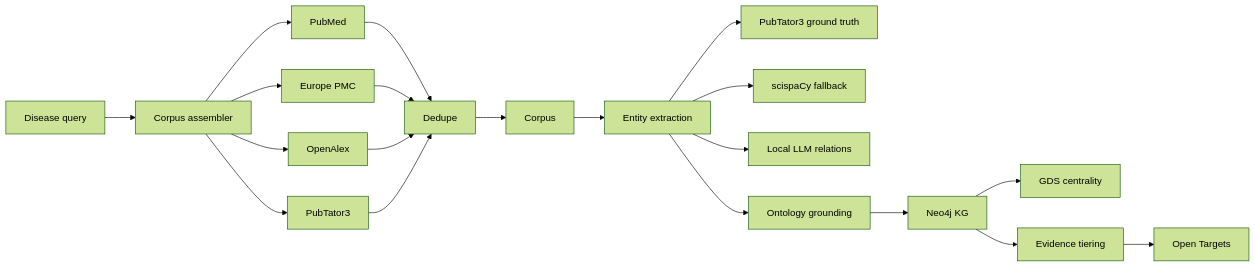
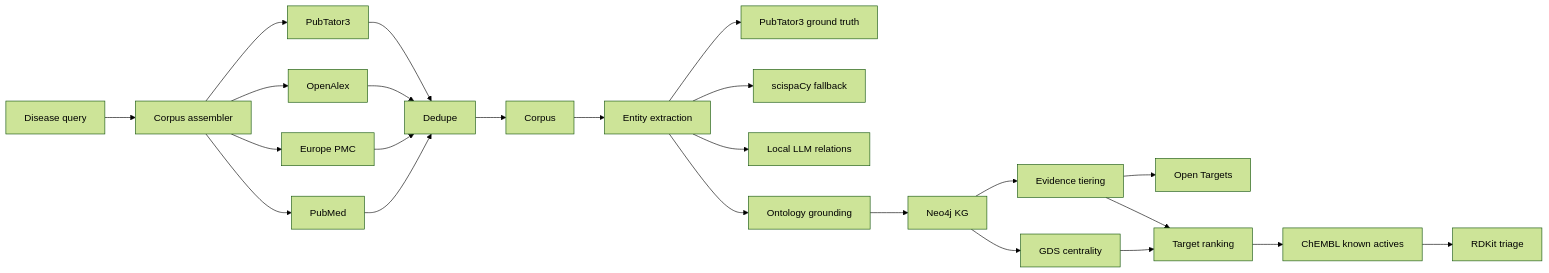
Before and after one commit to lysyloxidase/autonomous-drug-discovery-agent: the diagram in docs/architecture.md, drawn with Mermaid (forest theme). The commit also changed other lines of this file and 17 other files, not shown here.

Commit message:
feat: target ranking — transparent multi-criteria (centrality + OT association + druggability + genetic + novelty + safety, all explainable) + ChEMBL/RDKit molecule triage (known actives only, honest scope) (Phase 5)

````diff
--- a/docs/architecture.md
+++ b/docs/architecture.md
@@ -3,22 +3,26 @@
 ```mermaid
 flowchart LR
   Q[Disease query] --> M[Corpus assembler]
   M --> P[PubMed]
   M --> E[Europe PMC]
   M --> O[OpenAlex]
   M --> T[PubTator3]
   P --> D[Dedupe]
   E --> D
   O --> D
   T --> D
   D --> C[Corpus]
   C --> X[Entity extraction]
   X --> PT[PubTator3 ground truth]
   X --> SP[scispaCy fallback]
   X --> LLM[Local LLM relations]
   X --> G[Ontology grounding]
   G --> KG[Neo4j KG]
   KG --> CEN[GDS centrality]
   KG --> EV[Evidence tiering]
   EV --> OT[Open Targets]
+  CEN --> R[Target ranking]
+  EV --> R
+  R --> CH[ChEMBL known actives]
+  CH --> RD[RDKit triage]
 ```
````
